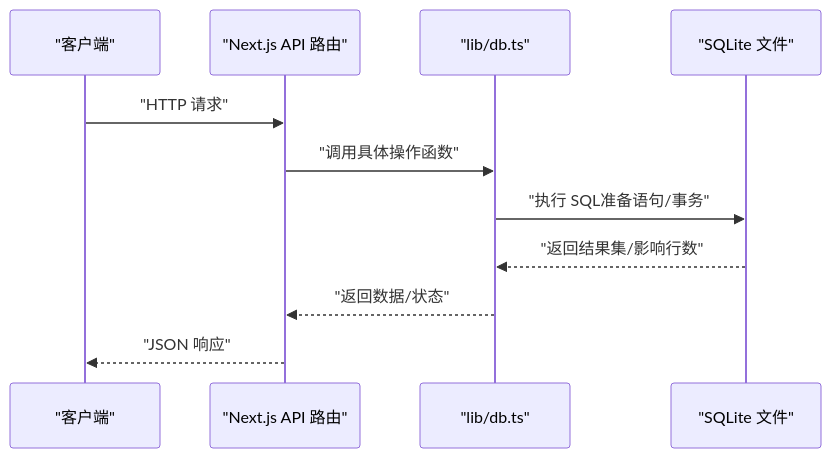
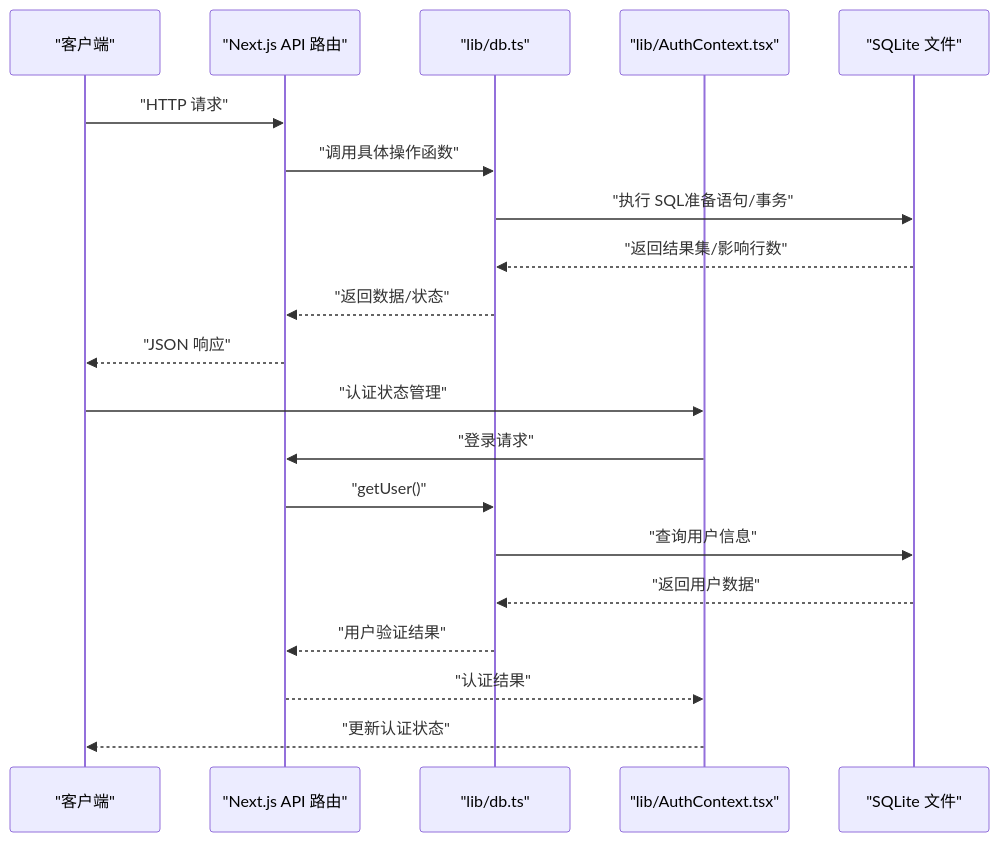
The second of 6 diagrams in .qoder/repowiki/zh/content/系统架构/数据库架构.md (tutusiji/lantu-next), drawn with Mermaid before and after one commit. The commit also changed other lines of this file and 22 other files, not shown here.

````diff
--- a/.qoder/repowiki/zh/content/系统架构/数据库架构.md
+++ b/.qoder/repowiki/zh/content/系统架构/数据库架构.md
@@ -86,13 +104,22 @@
 ```mermaid
 sequenceDiagram
 participant Client as "客户端"
 participant API as "Next.js API 路由"
 participant DB as "lib/db.ts"
+participant AUTH as "lib/AuthContext.tsx"
 participant FS as "SQLite 文件"
 Client->>API : "HTTP 请求"
 API->>DB : "调用具体操作函数"
 DB->>FS : "执行 SQL准备语句/事务"
 FS-->>DB : "返回结果集/影响行数"
 DB-->>API : "返回数据/状态"
 API-->>Client : "JSON 响应"
+Client->>AUTH : "认证状态管理"
+AUTH->>API : "登录请求"
+API->>DB : "getUser()"
+DB->>FS : "查询用户信息"
+FS-->>DB : "返回用户数据"
+DB-->>API : "用户验证结果"
+API-->>AUTH : "认证结果"
+AUTH-->>Client : "更新认证状态"
 ```
````
